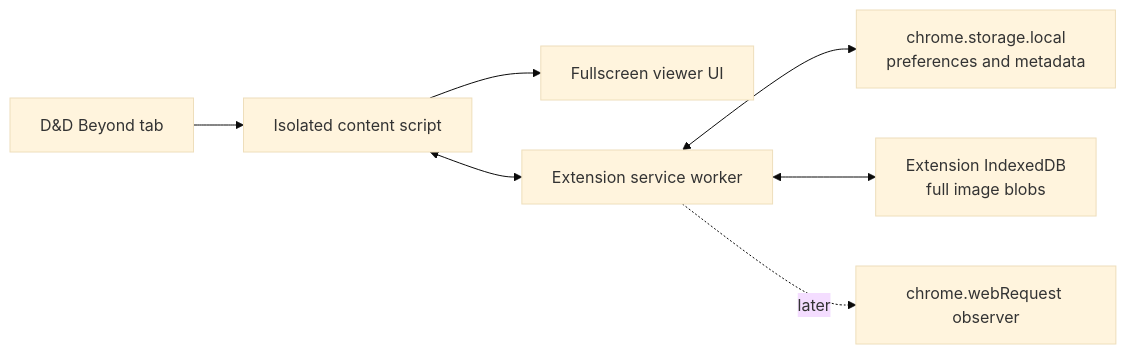
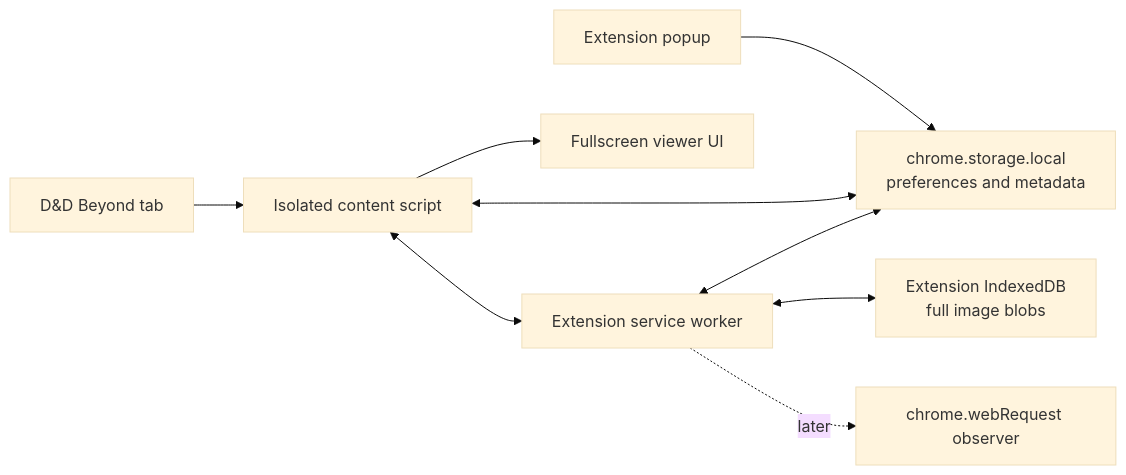
Before and after one commit to dpack1/beyond-full-art: the first of 4 diagrams in docs/ARCHITECTURE.md, drawn with Mermaid (base theme). The commit also changed other lines of this file and 31 other files, not shown here.

````diff
--- a/docs/ARCHITECTURE.md
+++ b/docs/ARCHITECTURE.md
@@ -7,9 +7,11 @@
 ```mermaid
 flowchart LR
     DDB[D&D Beyond tab] --> CS[Isolated content script]
+    POPUP[Extension popup] --> PREFS[chrome.storage.local\npreferences and metadata]
     CS --> VIEWER[Fullscreen viewer UI]
     CS <--> SW[Extension service worker]
-    SW <--> PREFS[chrome.storage.local\npreferences and metadata]
+    CS <--> PREFS
+    SW <--> PREFS
     SW <--> ART[Extension IndexedDB\nfull image blobs]
     SW -. later .-> NET[chrome.webRequest observer]
 ```
````
